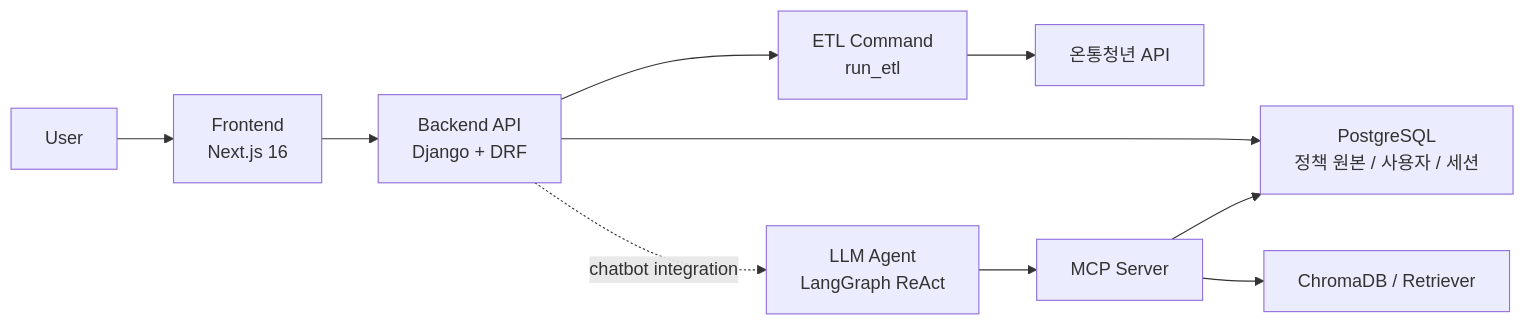
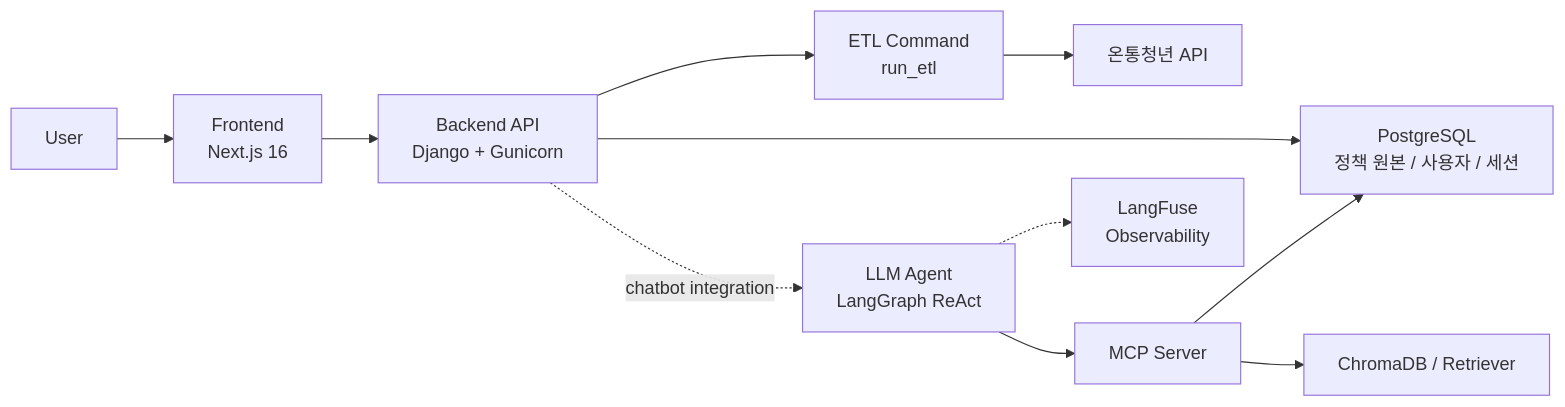
One commit to yongjunan111/4brain-welfare changed the first of 3 diagrams in README.md. Above: the diagram before and after it, drawn with Mermaid. The commit also changed other lines of this file, not shown here.

````diff
--- a/README.md
+++ b/README.md
@@ -124,13 +126,14 @@
 ```mermaid
 flowchart LR
     U["User"] --> F["Frontend<br/>Next.js 16"]
-    F --> B["Backend API<br/>Django + DRF"]
+    F --> B["Backend API<br/>Django + Gunicorn"]
     B --> PG["PostgreSQL<br/>정책 원본 / 사용자 / 세션"]
     B --> ETL["ETL Command<br/>run_etl"]
     ETL --> Y["온통청년 API"]
 
     B -. chatbot integration .-> A["LLM Agent<br/>LangGraph ReAct"]
     A --> M["MCP Server"]
     M --> C["ChromaDB / Retriever"]
     M --> PG
+    A -.-> LF["LangFuse<br/>Observability"]
 ```
````
